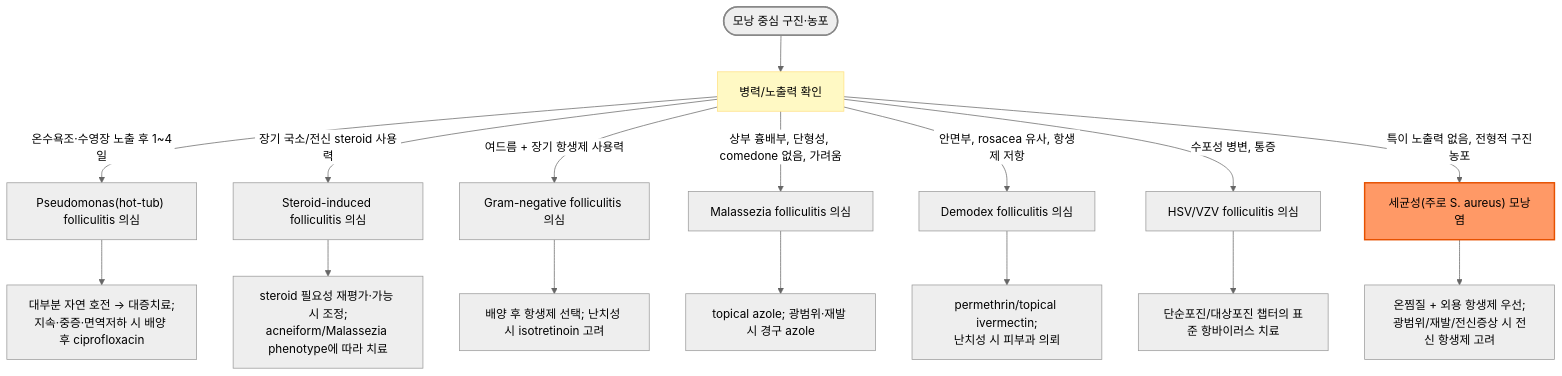
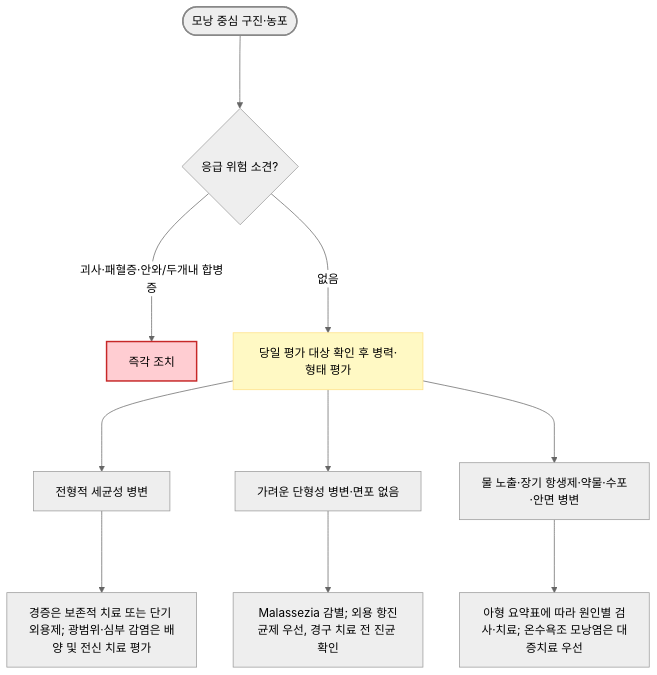
One commit to familyoh77/familyoh77 changed the diagram in 229_/167_-folliculitis.md. Above: the diagram before and after it, drawn with Mermaid (neutral theme). The commit also changed other lines of this file and 10 other files, not shown here.

````diff
--- a/229_/167_-folliculitis.md
+++ b/229_/167_-folliculitis.md
@@ -108,24 +118,15 @@
 ```mermaid
 graph TD
-    Start(["모낭 중심 구진·농포"]) --> Expo["병력/노출력 확인"]
-    style Expo fill:#fff9c4,stroke:#ffe082
+    Start(["모낭 중심 구진·농포"]) ---> Risk{"응급 위험 소견?"}
+    Risk --->|"괴사·패혈증·안와/두개내 합병증"| Urgent["즉각 조치"]
+    Risk --->|"없음"| Assess["당일 평가 대상 확인 후 병력·형태 평가"]
+    Assess ---> Bact["전형적 세균성 병변"]
+    Assess ---> Malz["가려운 단형성 병변·면포 없음"]
+    Assess ---> Special["물 노출·장기 항생제·약물·수포·안면 병변"]
+    Bact ---> BactTx["경증은 보존적 치료 또는 단기 외용제; 광범위·심부 감염은 배양 및 전신 치료 평가"]
+    Malz ---> MalzTx["Malassezia 감별; 외용 항진균제 우선, 경구 치료 전 진균 확인"]
+    Special ---> OtherTx["아형 요약표에 따라 원인별 검사·치료; 온수욕조 모낭염은 대증치료 우선"]
     style Start fill:#eeeeee,stroke:#888888,stroke-width:2px
-
-    Expo -->|"온수욕조·수영장 노출 후 1~4일"| Pseudo["Pseudomonas(hot-tub) folliculitis 의심"]
-    Expo -->|"장기 국소/전신 steroid 사용력"| SteroidF["Steroid-induced folliculitis 의심"]
-    Expo -->|"여드름 + 장기 항생제 사용력"| GNF["Gram-negative folliculitis 의심"]
-    Expo -->|"상부 흉배부, 단형성, comedone 없음, 가려움"| Malz["Malassezia folliculitis 의심"]
-    Expo -->|"안면부, rosacea 유사, 항생제 저항"| Demo["Demodex folliculitis 의심"]
-    Expo -->|"수포성 병변, 통증"| HSV["HSV/VZV folliculitis 의심"]
-    Expo -->|"특이 노출력 없음, 전형적 구진농포"| Bact["세균성(주로 S. aureus) 모낭염"]
-
-    Bact --> BactTx["온찜질 + 외용 항생제 우선;<br/>광범위/재발/전신증상 시 전신 항생제 고려"]
-    Pseudo --> PseudoTx["대부분 자연 호전 → 대증치료;<br/>지속·중증·면역저하 시 배양 후 ciprofloxacin"]
-    Malz --> MalzTx["topical azole; 광범위·재발 시 경구 azole"]
-    Demo --> DemoTx["permethrin/topical ivermectin;<br/>난치성 시 피부과 의뢰"]
-    HSV --> HSVTx["단순포진/대상포진 챕터의 표준 항바이러스 치료"]
-    SteroidF --> SteroidTx["steroid 필요성 재평가·가능 시 조정;<br/>acneiform/Malassezia phenotype에 따라 치료"]
-    GNF --> GNFTx["배양 후 항생제 선택; 난치성 시 isotretinoin 고려"]
-
-    style Bact fill:#f96,stroke:#e65100,stroke-width:2px
+    style Urgent fill:#ffcdd2,stroke:#c62828,stroke-width:2px
+    style Assess fill:#fff9c4,stroke:#ffe082
 ```
````
